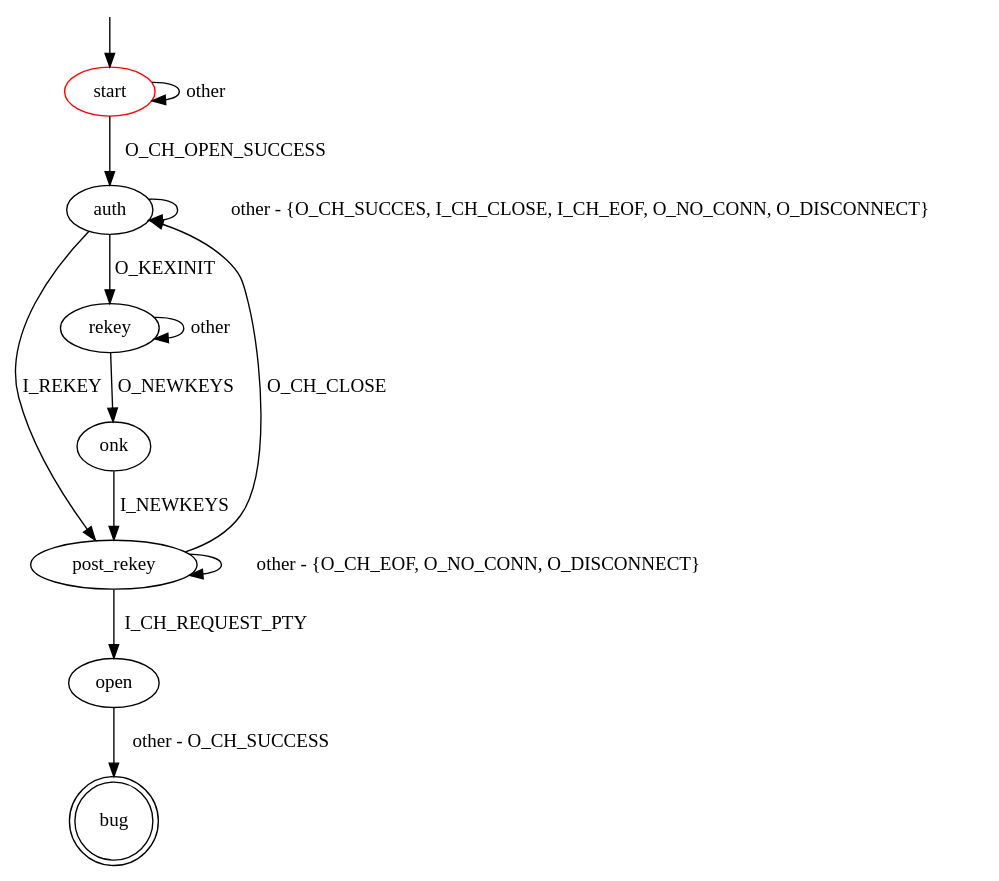
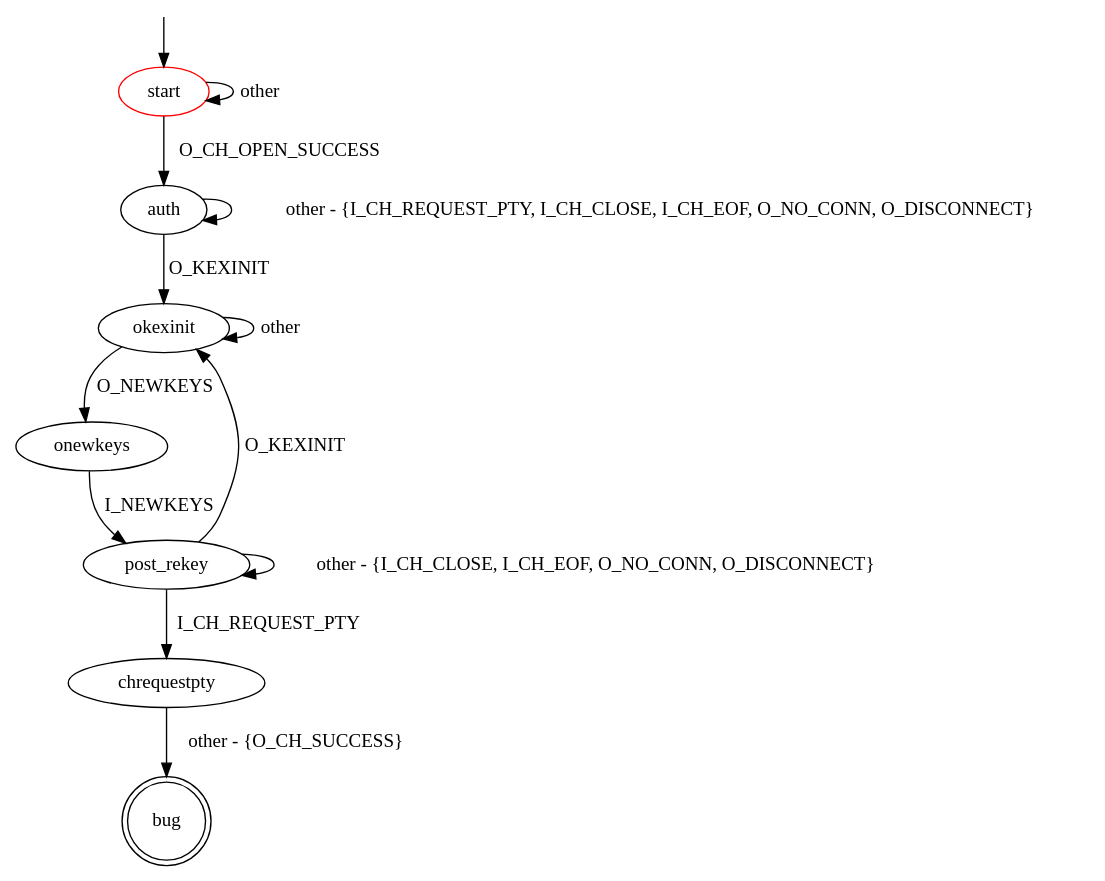
One commit to assist-project/state-machine-bug-finder changed the diagram in src/main/resources/patterns/ssh/channel_request_unsuccessful_after_rekey.dot. Above: the diagram before and after it, drawn with Graphviz. The commit also changed 3 other files, not shown here.

```diff
--- a/src/main/resources/patterns/ssh/channel_request_unsuccessful_after_rekey.dot
+++ b/src/main/resources/patterns/ssh/channel_request_unsuccessful_after_rekey.dot
@@ -1,23 +1,27 @@
 digraph G {
 label=""
 start [color="red"]
 bug [shape="doublecircle"]
 
 start -> auth [label="O_CH_OPEN_SUCCESS"]
 start -> start [label="other"]
-auth -> post_rekey [label="I_REKEY"]
-auth -> rekey [label="O_KEXINIT"]
-auth -> auth [label="other - {O_CH_SUCCES, I_CH_CLOSE, I_CH_EOF, O_NO_CONN, O_DISCONNECT}"]
 
-rekey -> onk [label="O_NEWKEYS"]
-rekey -> rekey [label="other"]
-onk -> post_rekey [label="I_NEWKEYS"]
+auth -> okexinit [label="O_KEXINIT"]
+auth -> auth [label="other - {I_CH_REQUEST_PTY, I_CH_CLOSE, I_CH_EOF, O_NO_CONN, O_DISCONNECT}"]
 
-post_rekey -> open [label="I_CH_REQUEST_PTY"]
-post_rekey -> auth [label="O_CH_CLOSE"]
-post_rekey -> post_rekey [label="other - {O_CH_EOF, O_NO_CONN, O_DISCONNECT}"]
-open -> bug [label="other - O_CH_SUCCESS"]
+okexinit -> onewkeys [label="O_NEWKEYS"]
+okexinit -> okexinit [label="other"]
+
+onewkeys -> post_rekey [label="I_NEWKEYS"]
+
+
+post_rekey -> okexinit [label="O_KEXINIT"]
+post_rekey -> post_rekey [label="other - {I_CH_CLOSE, I_CH_EOF, O_NO_CONN, O_DISCONNECT}"]
+
+post_rekey -> chrequestpty [label="I_CH_REQUEST_PTY"]
+ 
+chrequestpty -> bug [label="other - {O_CH_SUCCESS}"]
 
 __start0 [label="" shape="none" width="0" height="0"];
 __start0 -> start;
 }
```
